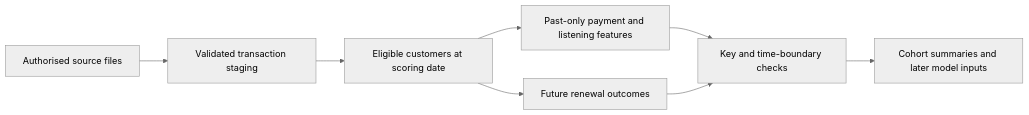
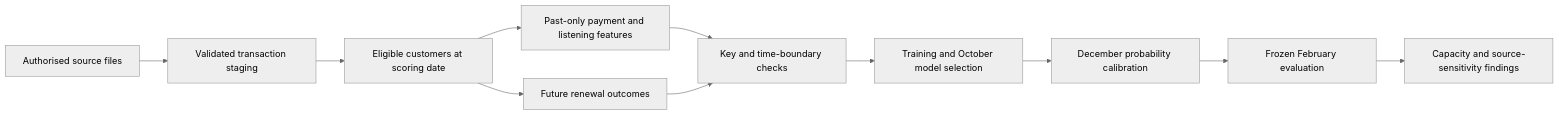
The diagram in reports/progress.md (Jeks042/subscription-churn-retention), drawn with Mermaid (neutral theme) before and after one commit. The commit also changed other lines of this file and 14 other files, not shown here.

Commit message:
Complete milestone 3 with frozen holdout results, uncertainty and source sensitivity

````diff
--- a/reports/progress.md
+++ b/reports/progress.md
@@ -9,10 +11,13 @@
 ```mermaid
 flowchart LR
   A[Authorised source files] --> B[Validated transaction staging]
   B --> C[Eligible customers at scoring date]
   C --> D[Past-only payment and listening features]
   C --> E[Future renewal outcomes]
   D --> F[Key and time-boundary checks]
   E --> F
-  F --> G[Cohort summaries and later model inputs]
+  F --> G[Training and October model selection]
+  G --> H[December probability calibration]
+  H --> I[Frozen February evaluation]
+  I --> J[Capacity and source-sensitivity findings]
 ```
````
